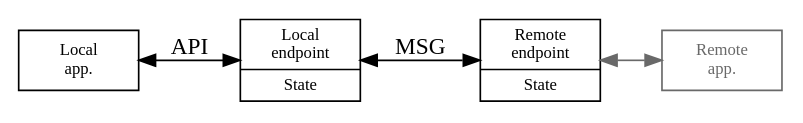
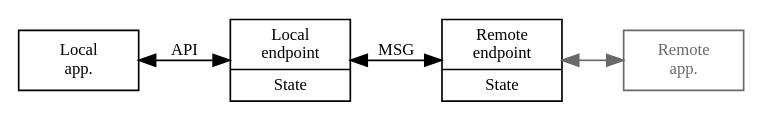
One commit to tamasseller/roll changed the fourth of 4 diagrams in INTERNALS.md. Above: the diagram before and after it, drawn with Graphviz. The commit also changed other lines of this file and 7 other files, not shown here.

````diff
--- a/INTERNALS.md
+++ b/INTERNALS.md
@@ -218,16 +252,16 @@
 ```dot
 digraph G
 {
     rankdir="LR";
     node[shape=record, fontname="mono", width=1, fontsize=10]
-    edge[dir="both"]
+    edge[dir="both",fontname="mono",fontsize=10]
 
     app1[label="Local\napp."]
     ep1[label="Local\nendpoint|State"]
     app2[label="Remote\napp.", fontcolor="dimgray", color="dimgray"]
     ep2[label="Remote\nendpoint|State"]
     app1->ep1[label="API"]
     ep1->ep2[label="MSG"]
     ep2->app2[color="dimgray"]
 }
 ```
````
